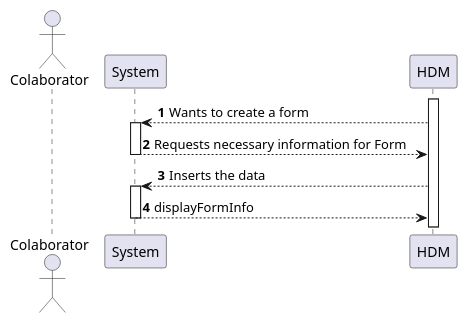
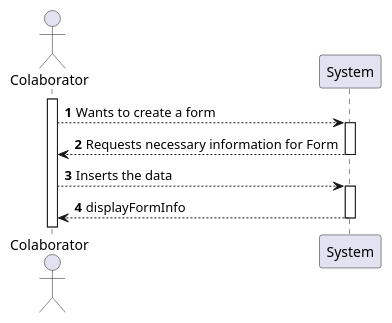
One commit to aMarquesFerreira/lei_20_21_s4_faculdade changed the diagram in docs/Sprint C/RegisterAForm/RegisterAForm_SSD.puml. Above: the diagram before and after it, drawn with PlantUML. The commit also changed 2 other files, not shown here.

```diff
--- a/docs/Sprint C/RegisterAForm/RegisterAForm_SSD.puml
+++ b/docs/Sprint C/RegisterAForm/RegisterAForm_SSD.puml
@@ -1,17 +1,17 @@
 @startuml
 autonumber
 
 actor "Colaborator" as C
 participant "System" as UI
 
-activate HDM
-HDM --> UI : Wants to create a form
+activate C
+C --> UI : Wants to create a form
 activate UI
-    UI --> HDM : Requests necessary information for Form
+    UI --> C : Requests necessary information for Form
 deactivate UI
-HDM --> UI : Inserts the data
+C --> UI : Inserts the data
 activate UI
-UI --> HDM : displayFormInfo
+UI --> C : displayFormInfo
 deactivate UI
 
 @enduml
```
